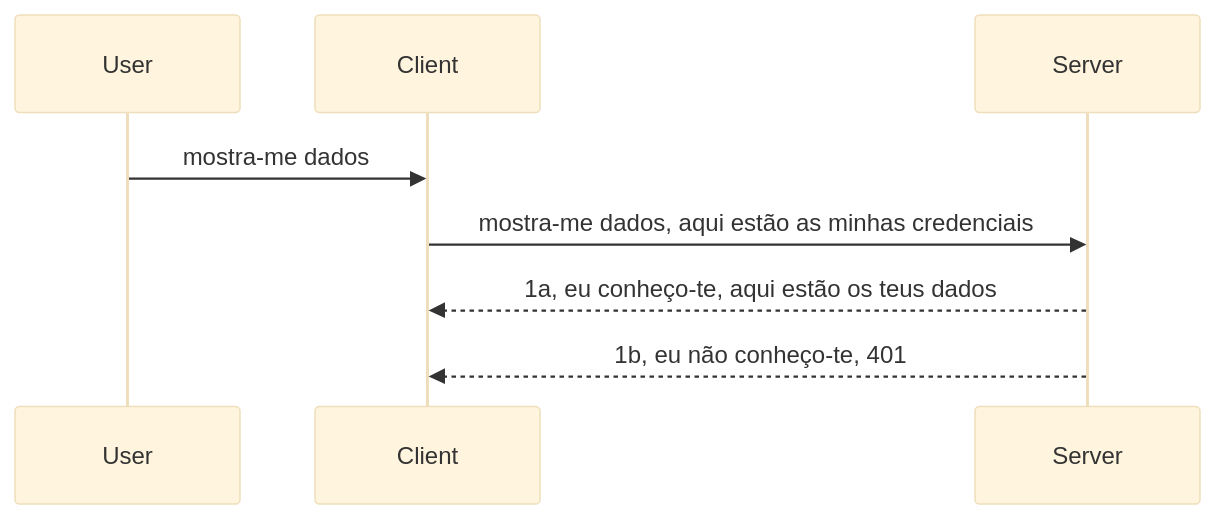
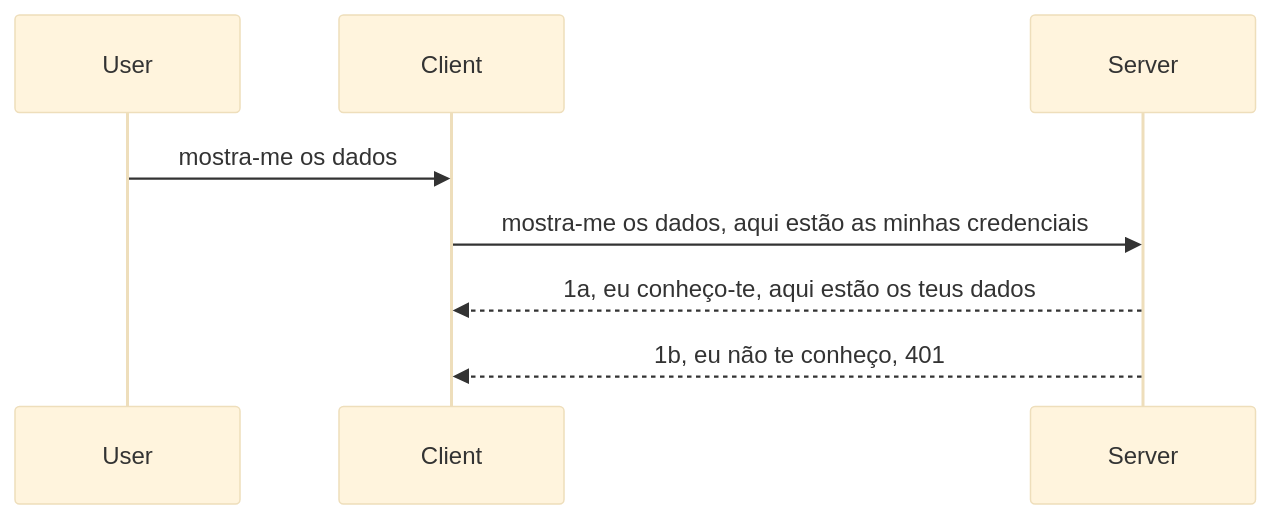
The diagram in mcp_ecosystem__model_context_protocol/mcp_learning_resources/mcp-for-beginners/translations/pt-PT/03-GettingStarted/11-simple-auth/README.md (HIDORAKAI002/ai-workspace-archive), drawn with Mermaid (base theme) before and after one commit. The commit also changed other lines of this file and 1046 other files, not shown here.

````diff
--- a/mcp_ecosystem__model_context_protocol/mcp_learning_resources/mcp-for-beginners/translations/pt-PT/03-GettingStarted/11-simple-auth/README.md
+++ b/mcp_ecosystem__model_context_protocol/mcp_learning_resources/mcp-for-beginners/translations/pt-PT/03-GettingStarted/11-simple-auth/README.md
@@ -24,11 +24,11 @@
 ```mermaid
 sequenceDiagram
    participant User
    participant Client
    participant Server
 
-   User->>Client: mostra-me dados
-   Client->>Server: mostra-me dados, aqui estão as minhas credenciais
+   User->>Client: mostra-me os dados
+   Client->>Server: mostra-me os dados, aqui estão as minhas credenciais
    Server-->>Client: 1a, eu conheço-te, aqui estão os teus dados
-   Server-->>Client: 1b, eu não conheço-te, 401 
+   Server-->>Client: 1b, eu não te conheço, 401 
 ```
````
